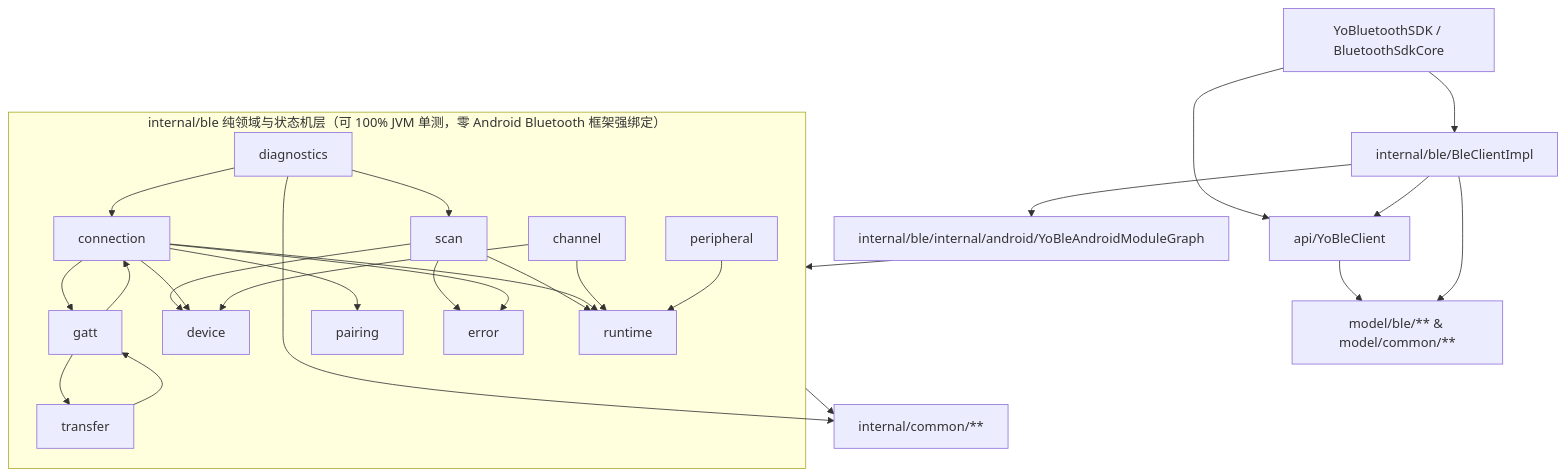
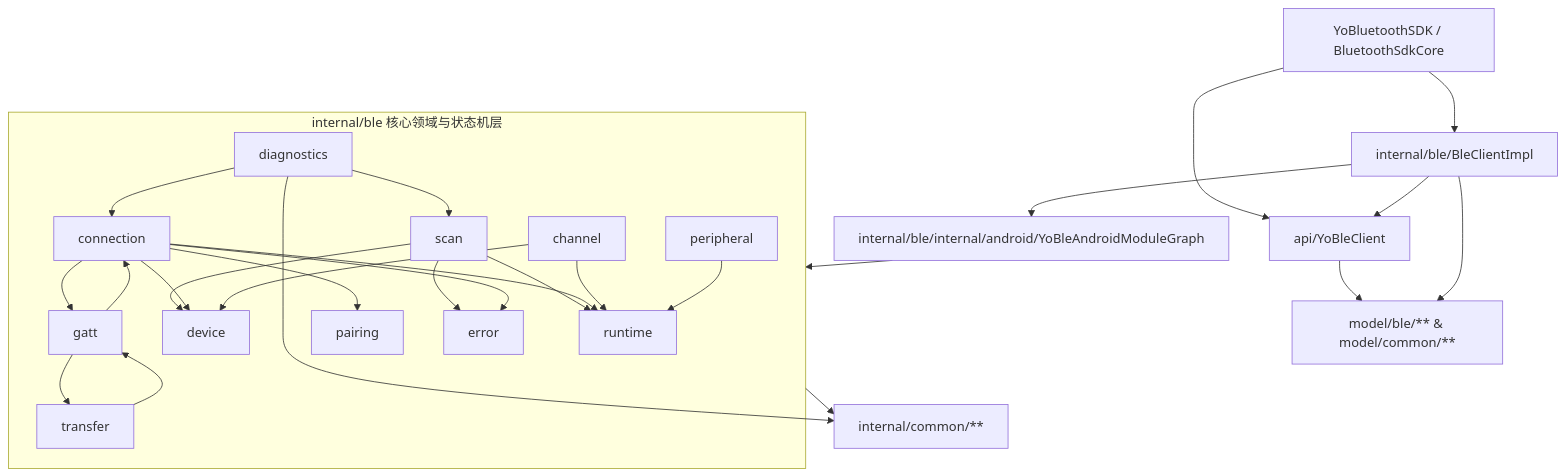
One commit to yovoqu/GGEC-Android-EarBuds changed the diagram in lib_bluetooth/doc/ble_01_architecture_design.md. Above: the diagram before and after it, drawn with Mermaid. The commit also changed other lines of this file and 31 other files, not shown here.

````diff
--- a/lib_bluetooth/doc/ble_01_architecture_design.md
+++ b/lib_bluetooth/doc/ble_01_architecture_design.md
@@ -115,43 +114,43 @@
 ```mermaid
 flowchart TD
     SDK["YoBluetoothSDK / BluetoothSdkCore"] --> IMPL["internal/ble/BleClientImpl"]
     SDK --> API["api/YoBleClient"]
     API --> MODEL["model/ble/** & model/common/**"]
     IMPL --> API
     IMPL --> MODEL
     IMPL --> GRAPH["internal/ble/internal/android/YoBleAndroidModuleGraph"]
 
-    subgraph CORE["internal/ble 纯领域与状态机层（可 100% JVM 单测，零 Android Bluetooth 框架强绑定）"]
+    subgraph CORE["internal/ble 核心领域与状态机层"]
         RUNTIME["runtime"]
         DEVICE["device"]
         SCAN["scan"]
         CONN["connection"]
         GATT["gatt"]
         TRANSFER["transfer"]
         PAIRING["pairing"]
         CHANNEL["channel"]
         PERIPH["peripheral"]
         ERR["error"]
         DIAG["diagnostics"]
     end
 
     GRAPH --> CORE
     CORE --> COMMON["internal/common/**"]
     SCAN --> DEVICE
     SCAN --> RUNTIME
     SCAN --> ERR
     CONN --> DEVICE
     CONN --> RUNTIME
     CONN --> ERR
     CONN --> GATT
     CONN --> PAIRING
     GATT --> CONN
     GATT --> TRANSFER
     TRANSFER --> GATT
     CHANNEL --> DEVICE
     CHANNEL --> RUNTIME
     PERIPH --> RUNTIME
     DIAG --> CONN
     DIAG --> SCAN
     DIAG --> COMMON
 ```
````
